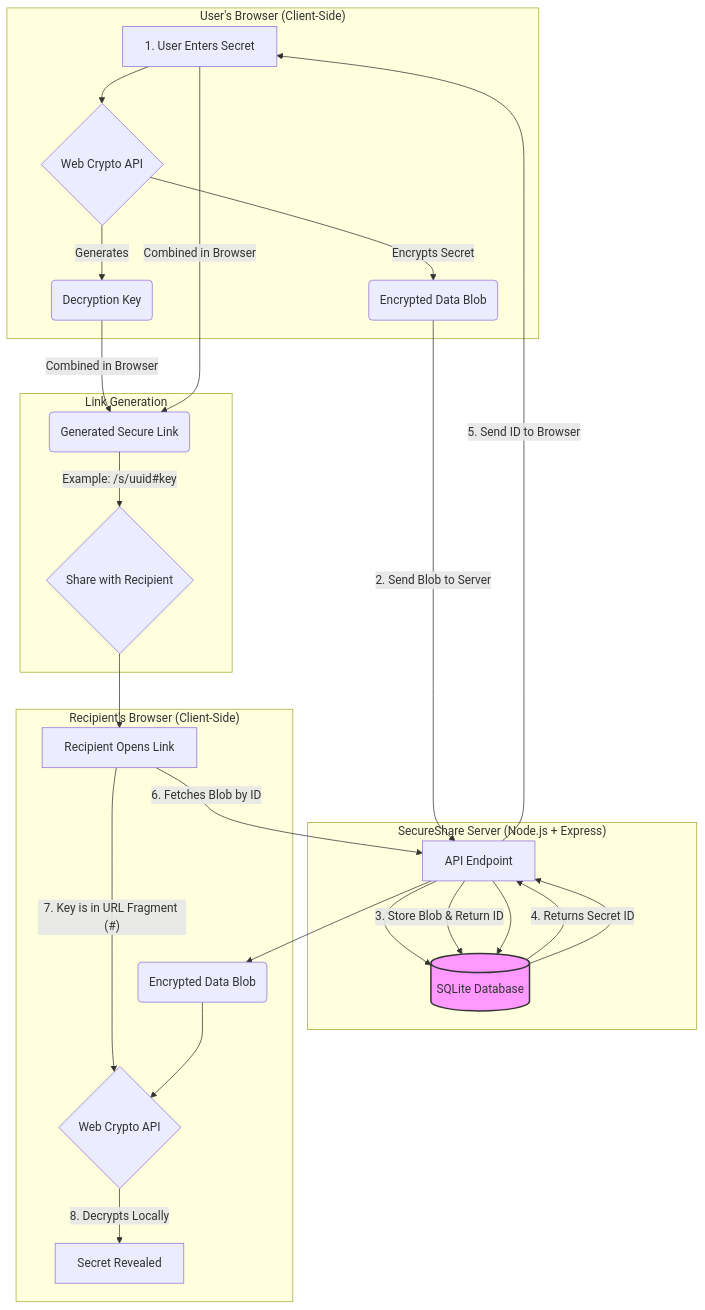
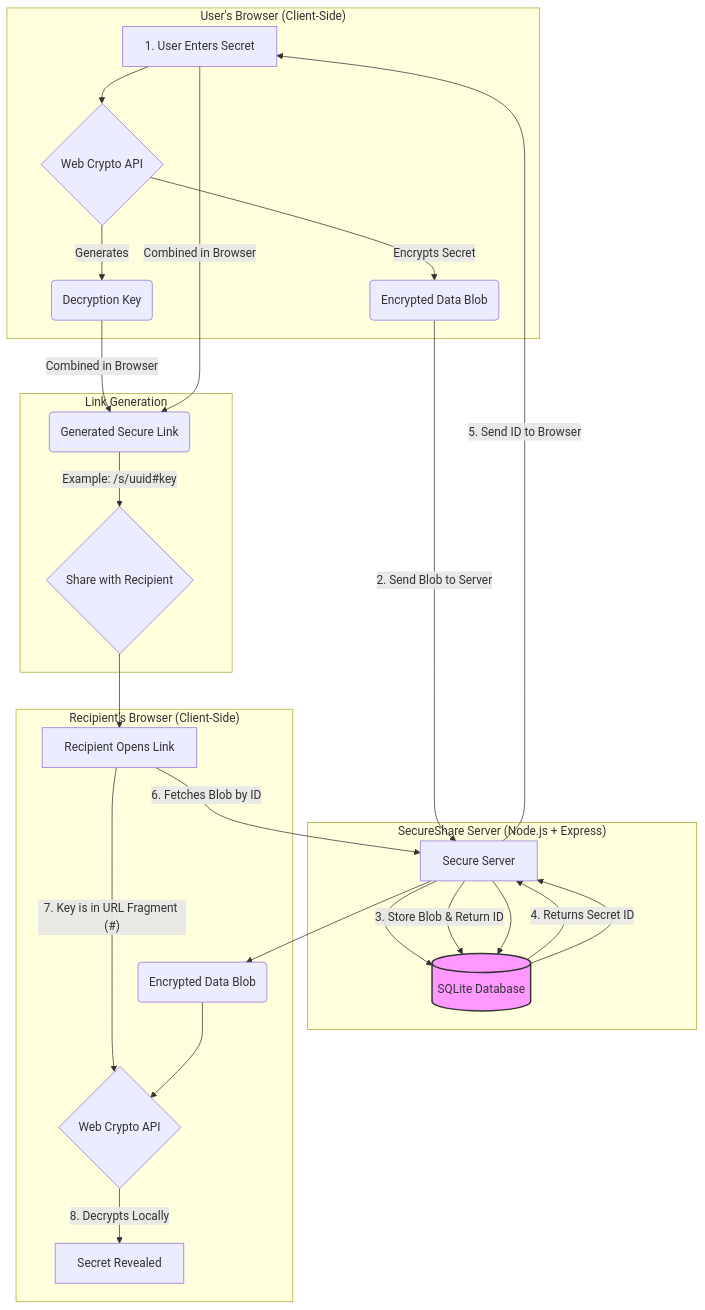
Before and after one commit to ekos-cyber/SecureShare-app: the diagram in README.md, drawn with Mermaid. The commit also changed other lines of this file and 3 other files, not shown here.

````diff
--- a/README.md
+++ b/README.md
@@ -57,37 +57,37 @@
 ```mermaid
 graph TD
     subgraph "User's Browser (Client-Side)"
         A[1. User Enters Secret] --> B{Web Crypto API};
         B -- "Generates" --> C(Decryption Key);
         B -- "Encrypts Secret" --> D(Encrypted Data Blob);
     end
 
     subgraph "SecureShare Server (Node.js + Express)"
-        E[API Endpoint] --> F[(SQLite Database)];
+        E[Secure Server] --> F[(SQLite Database)];
     end
 
     D -->|2. Send Blob to Server| E;
     E -->|3. Store Blob & Return ID| F;
     F -->|4. Returns Secret ID| E;
     E -->|5. Send ID to Browser| A;
 
     subgraph "Link Generation"
         C -- "Combined in Browser" --> I(Generated Secure Link);
         A -- "Combined in Browser" --> I;
         I -- "Example: /s/uuid#key" --> J{Share with Recipient};
     end
 
     J --> K[Recipient Opens Link];
 
     subgraph "Recipient's Browser (Client-Side)"
         K -- "6. Fetches Blob by ID" --> E;
         E --> F;
         F --> E;
         E --> L(Encrypted Data Blob);
         K -- "7. Key is in URL Fragment (#)" --> M{Web Crypto API};
         L --> M;
         M -->|8. Decrypts Locally| N[Secret Revealed];
     end
 
     style F fill:#f9f,stroke:#333,stroke-width:2px
 ```
````
